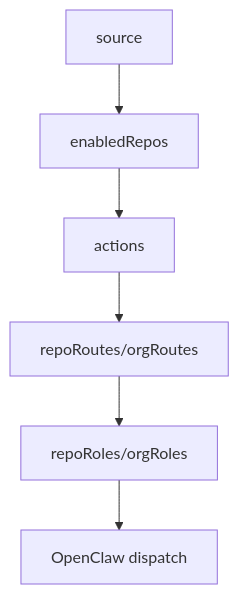
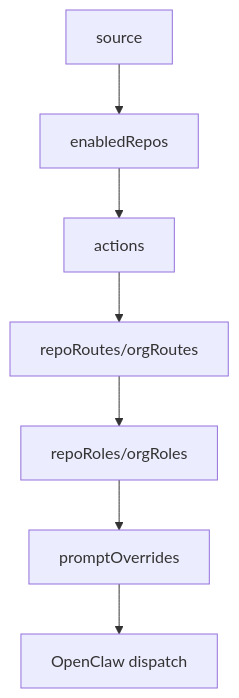
Before and after one commit to WaylonSmithersJr/github-agent-bridge: the diagram in docs/policy-reference.md, drawn with Mermaid. The commit also changed other lines of this file and 5 other files, not shown here.

Commit message:
feat: support policy prompt overrides

````diff
--- a/docs/policy-reference.md
+++ b/docs/policy-reference.md
@@ -7,8 +7,9 @@
 ```mermaid
 flowchart TD
     A[source] --> B[enabledRepos]
     B --> C[actions]
     C --> D[repoRoutes/orgRoutes]
     D --> E[repoRoles/orgRoles]
-    E --> F[OpenClaw dispatch]
+    E --> F[promptOverrides]
+    F --> G[OpenClaw dispatch]
 ```
````
